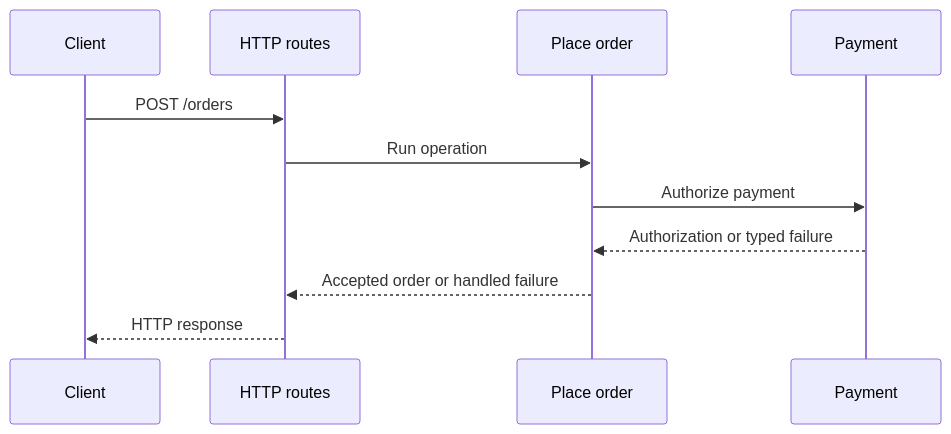
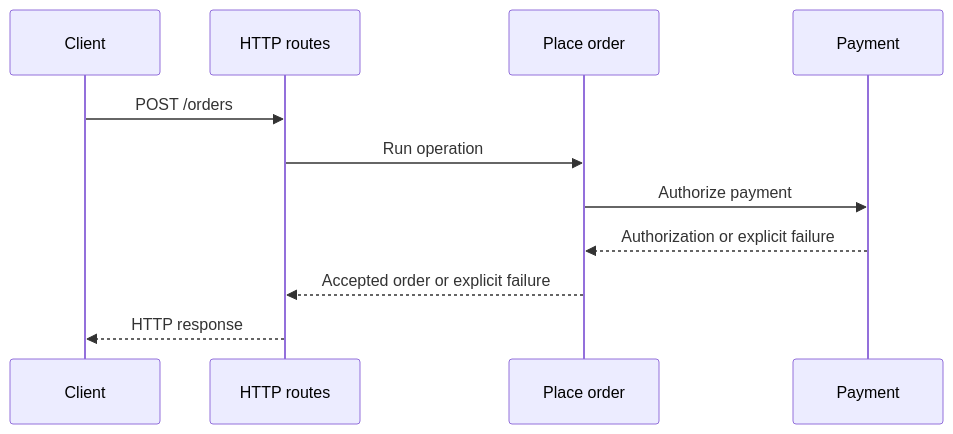
One commit to Effect-TS/website changed the diagram in apps/web/src/content/docs/v4/tutorials/handle-failures-without-guessing.mdx. Above: the diagram before and after it, drawn with Mermaid. The commit also changed other lines of this file and 10 other files, not shown here.

````diff
--- a/apps/web/src/content/docs/v4/tutorials/handle-failures-without-guessing.mdx
+++ b/apps/web/src/content/docs/v4/tutorials/handle-failures-without-guessing.mdx
@@ -53,14 +56,14 @@
 ```mermaid
 sequenceDiagram
   participant Client
   participant HTTP as HTTP routes
   participant Order as Place order
   participant Payment
 
   Client->>HTTP: POST /orders
   HTTP->>Order: Run operation
   Order->>Payment: Authorize payment
-  Payment-->>Order: Authorization or typed failure
-  Order-->>HTTP: Accepted order or handled failure
+  Payment-->>Order: Authorization or explicit failure
+  Order-->>HTTP: Accepted order or explicit failure
   HTTP-->>Client: HTTP response
 ```
````
